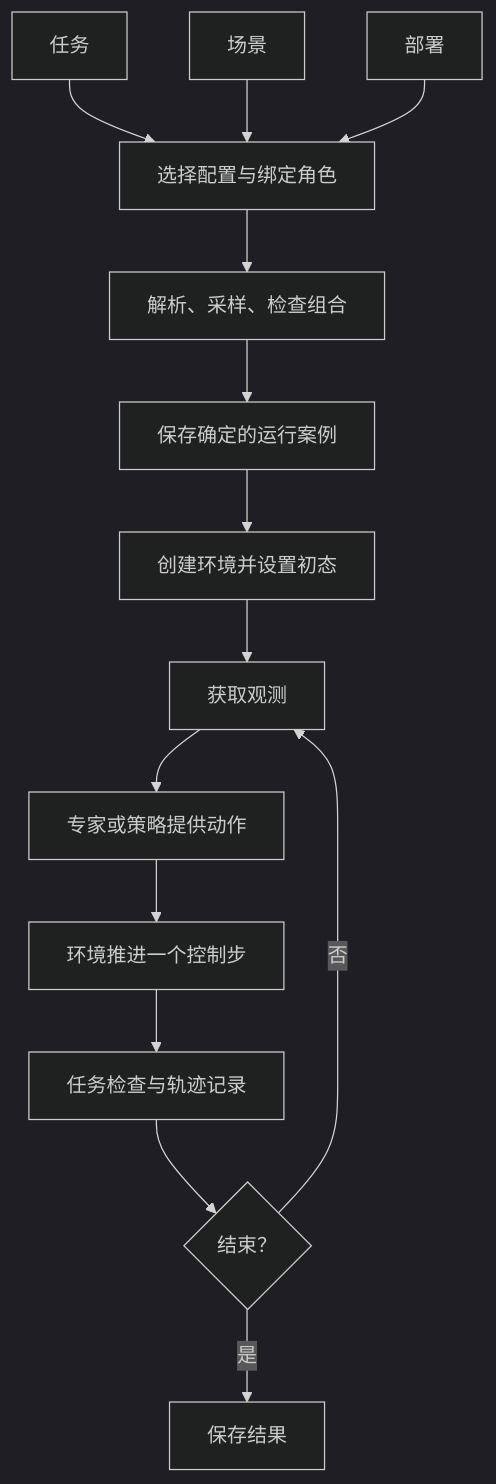
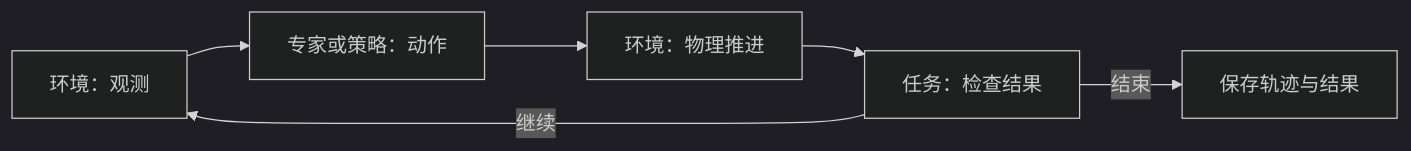
One commit to BotRunner64/LOOM-env changed the diagram in docs/architecture.md. Above: the diagram before and after it, drawn with Mermaid (dark theme). The commit also changed other lines of this file and 6 other files, not shown here.

Commit message:
docs: simplify project overview and architecture

````diff
--- a/docs/architecture.md
+++ b/docs/architecture.md
@@ -30,16 +27,8 @@
 ```mermaid
-flowchart TD
-   T[任务] --> C[选择配置与绑定角色]
-   S[场景] --> C
-   D[部署] --> C
-   C --> V[解析、采样、检查组合]
-   V --> E[保存确定的运行案例]
-   E --> W[创建环境并设置初态]
-   W --> O[获取观测]
-   O --> A[专家或策略提供动作]
-   A --> P[环境推进一个控制步]
-   P --> K[任务检查与轨迹记录]
-   K --> N{结束？}
-   N -->|否| O
-   N -->|是| F[保存结果]
+flowchart LR
+    E[环境：观测] --> A[专家或策略：动作]
+    A --> P[环境：物理推进]
+    P --> K[任务：检查结果]
+    K -->|继续| E
+    K -->|结束| S[保存轨迹与结果]
 ```
````
